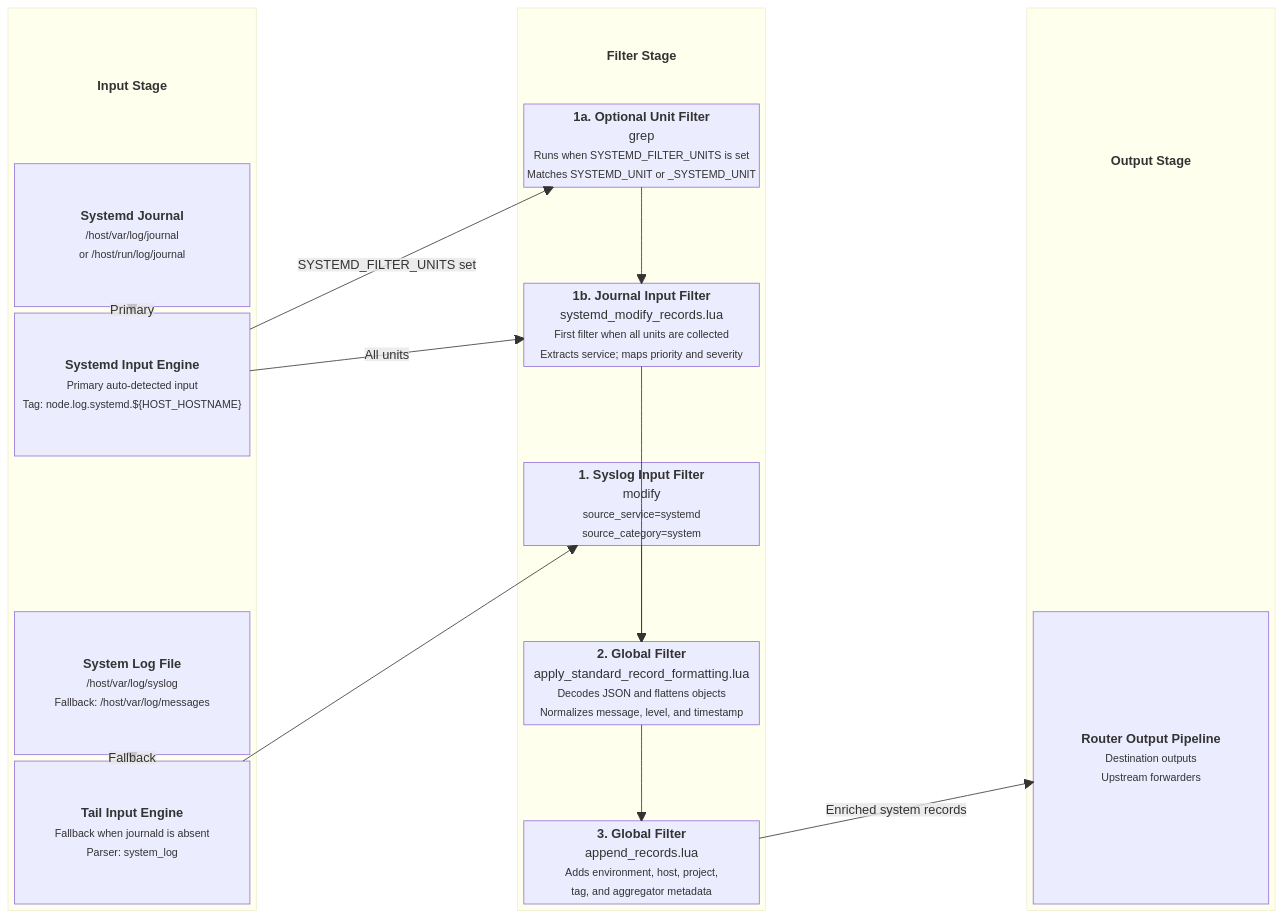
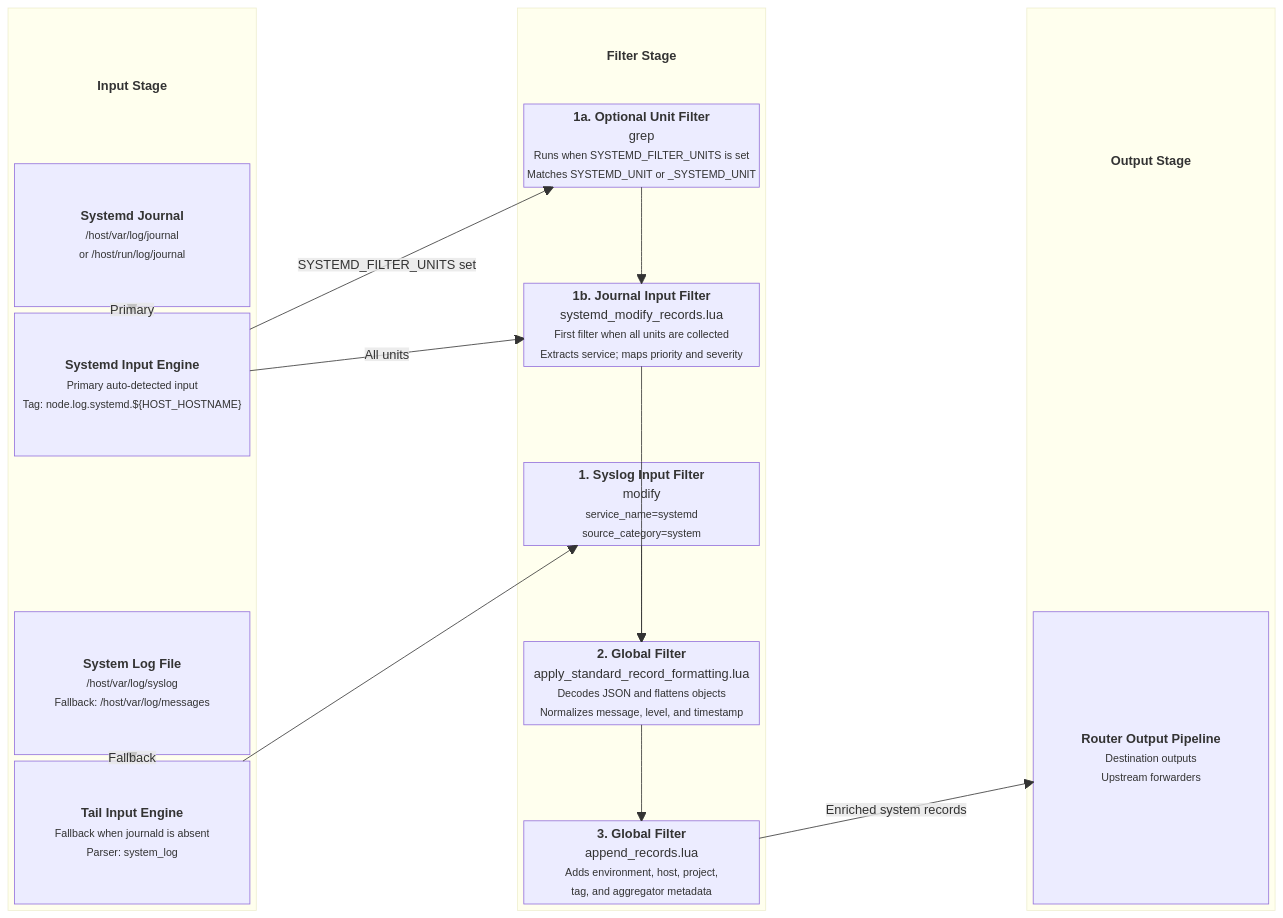
Before and after one commit to Josh5/fluent-bit-router: the diagram in docs/input-systemd.md, drawn with Mermaid. The commit also changed other lines of this file and 27 other files, not shown here.

````diff
--- a/docs/input-systemd.md
+++ b/docs/input-systemd.md
@@ -128,54 +128,54 @@
 ```mermaid
 block-beta
     columns 5
 
     block:InputStage
         columns 1
         InputTitle["<b>Input Stage</b>"]
         A["<b>Systemd Journal</b><br/><small>/host/var/log/journal<br/>or /host/run/log/journal</small>"]
         B["<b>Systemd Input Engine</b><br/><small>Primary auto-detected input<br/>Tag: node.log.systemd.${HOST_HOSTNAME}</small>"]
         space
         C["<b>System Log File</b><br/><small>/host/var/log/syslog<br/>Fallback: /host/var/log/messages</small>"]
         D["<b>Tail Input Engine</b><br/><small>Fallback when journald is absent<br/>Parser: system_log</small>"]
     end
 
     space
 
     block:FilterStage
         columns 1
         FilterTitle["<b>Filter Stage</b>"]
         E["<b>1a. Optional Unit Filter</b><br/>grep<br/><small>Runs when SYSTEMD_FILTER_UNITS is set<br/>Matches SYSTEMD_UNIT or _SYSTEMD_UNIT</small>"]
         space
         F["<b>1b. Journal Input Filter</b><br/>systemd_modify_records.lua<br/><small>First filter when all units are collected<br/>Extracts service; maps priority and severity</small>"]
         space
-        G["<b>1. Syslog Input Filter</b><br/>modify<br/><small>source_service=systemd<br/>source_category=system</small>"]
+        G["<b>1. Syslog Input Filter</b><br/>modify<br/><small>service_name=systemd<br/>source_category=system</small>"]
         space
         H["<b>2. Global Filter</b><br/>apply_standard_record_formatting.lua<br/><small>Decodes JSON and flattens objects<br/>Normalizes message, level, and timestamp</small>"]
         space
         I["<b>3. Global Filter</b><br/>append_records.lua<br/><small>Adds environment, host, project,<br/>tag, and aggregator metadata</small>"]
     end
 
     space
 
     block:OutputStage
         columns 1
         OutputTitle["<b>Output Stage</b>"]
         space
         J["<b>Router Output Pipeline</b><br/><small>Destination outputs<br/>Upstream forwarders</small>"]
     end
 
     A -- "Primary" --> B
     C -- "Fallback" --> D
     B -- "All units" --> F
     B -- "SYSTEMD_FILTER_UNITS set" --> E
     E --> F
     D --> G
     F --> H
     G --> H
     H --> I
     I -- "Enriched system records" --> J
 
     style InputTitle fill:none,stroke:none
     style FilterTitle fill:none,stroke:none
     style OutputTitle fill:none,stroke:none
 ```
````
